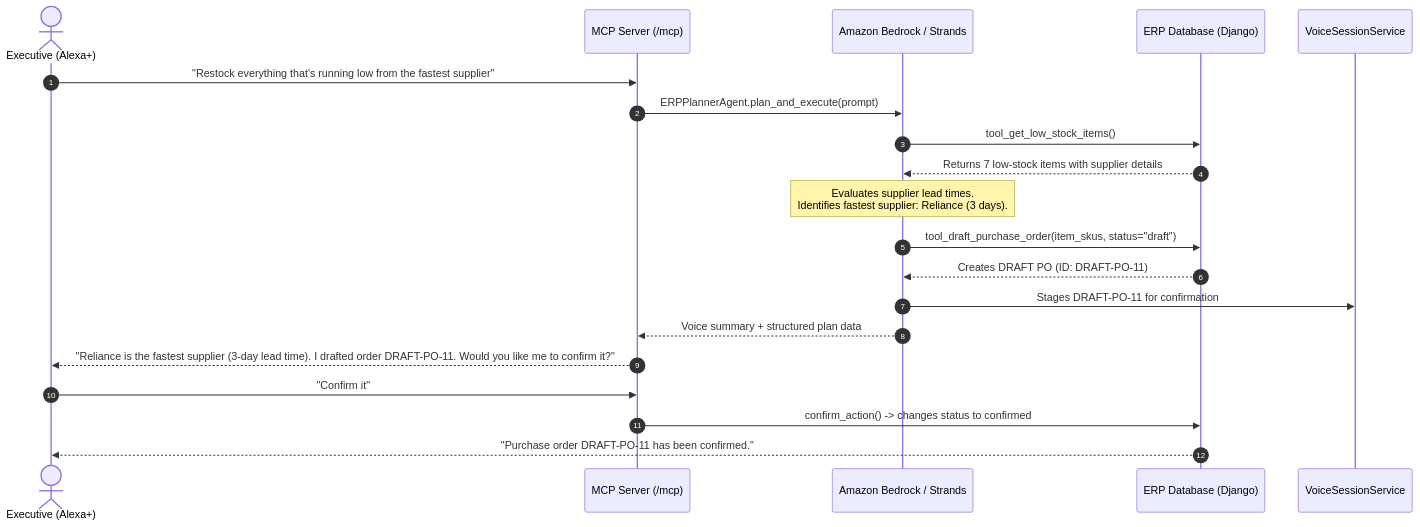
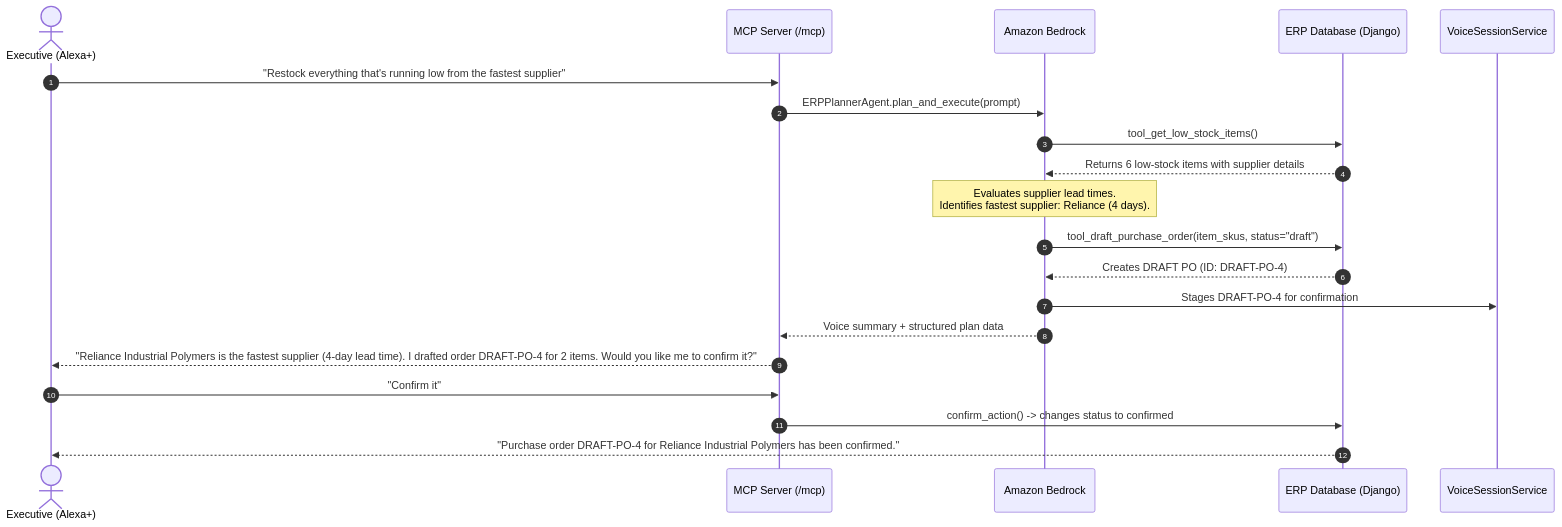
The diagram in docs/AWS_USAGE.md (silambarasan-sh/erp-voice-mcp), drawn with Mermaid before and after one commit. The commit also changed other lines of this file and 2 other files, not shown here.

````diff
--- a/docs/AWS_USAGE.md
+++ b/docs/AWS_USAGE.md
@@ -103,23 +94,23 @@
 ```mermaid
 sequenceDiagram
     autonumber
     actor User as Executive (Alexa+)
     participant MCP as MCP Server (/mcp)
-    participant Bedrock as Amazon Bedrock / Strands
+    participant Bedrock as Amazon Bedrock
     participant ERP as ERP Database (Django)
     participant Session as VoiceSessionService
 
     User->>MCP: "Restock everything that's running low from the fastest supplier"
     MCP->>Bedrock: ERPPlannerAgent.plan_and_execute(prompt)
     Bedrock->>ERP: tool_get_low_stock_items()
-    ERP-->>Bedrock: Returns 7 low-stock items with supplier details
-    Note over Bedrock: Evaluates supplier lead times.<br/>Identifies fastest supplier: Reliance (3 days).
+    ERP-->>Bedrock: Returns 6 low-stock items with supplier details
+    Note over Bedrock: Evaluates supplier lead times.<br/>Identifies fastest supplier: Reliance (4 days).
     Bedrock->>ERP: tool_draft_purchase_order(item_skus, status="draft")
-    ERP-->>Bedrock: Creates DRAFT PO (ID: DRAFT-PO-11)
-    Bedrock->>Session: Stages DRAFT-PO-11 for confirmation
+    ERP-->>Bedrock: Creates DRAFT PO (ID: DRAFT-PO-4)
+    Bedrock->>Session: Stages DRAFT-PO-4 for confirmation
     Bedrock-->>MCP: Voice summary + structured plan data
-    MCP-->>User: "Reliance is the fastest supplier (3-day lead time). I drafted order DRAFT-PO-11. Would you like me to confirm it?"
+    MCP-->>User: "Reliance Industrial Polymers is the fastest supplier (4-day lead time). I drafted order DRAFT-PO-4 for 2 items. Would you like me to confirm it?"
     User->>MCP: "Confirm it"
     MCP->>ERP: confirm_action() -> changes status to confirmed
-    ERP-->>User: "Purchase order DRAFT-PO-11 has been confirmed."
+    ERP-->>User: "Purchase order DRAFT-PO-4 for Reliance Industrial Polymers has been confirmed."
 ```
````
